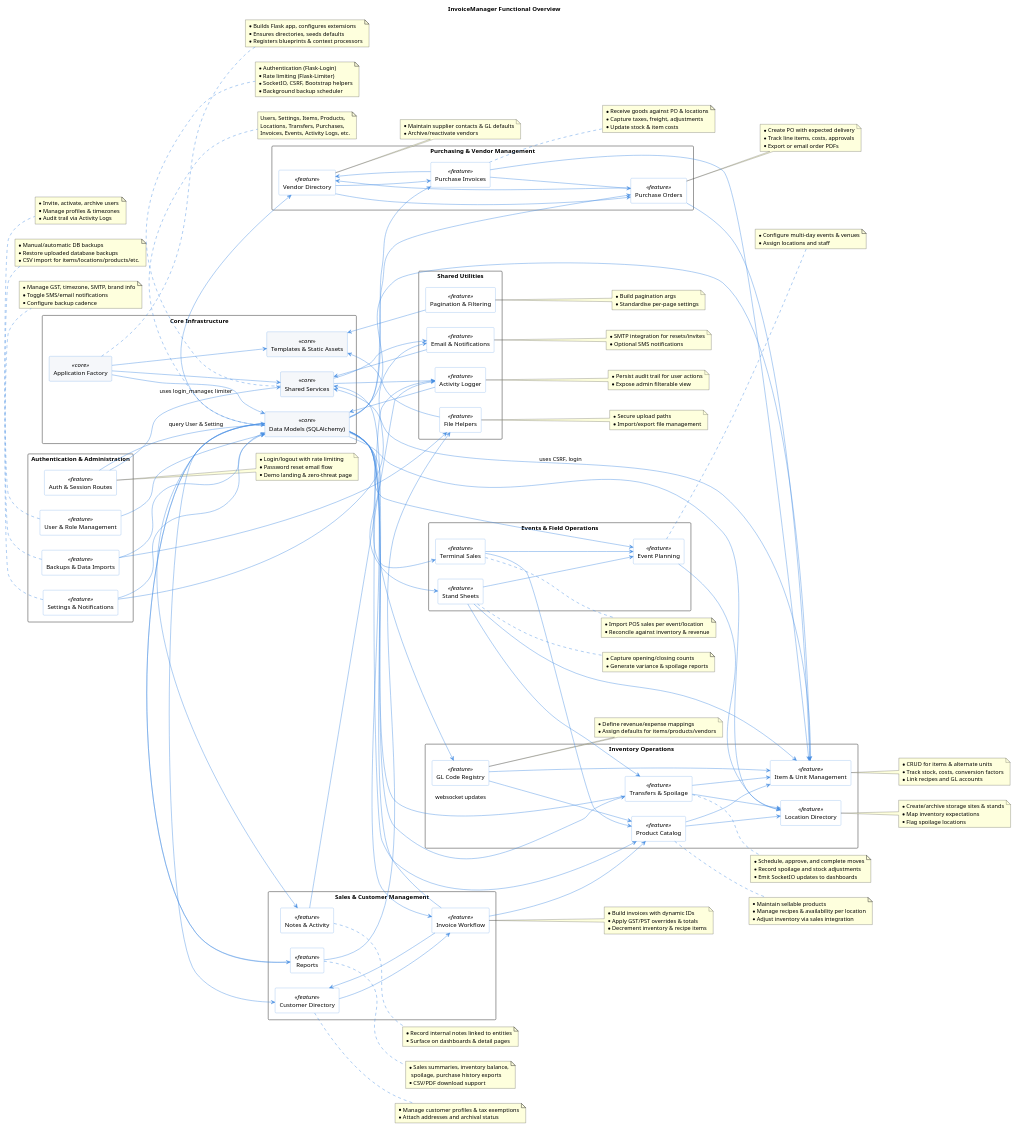
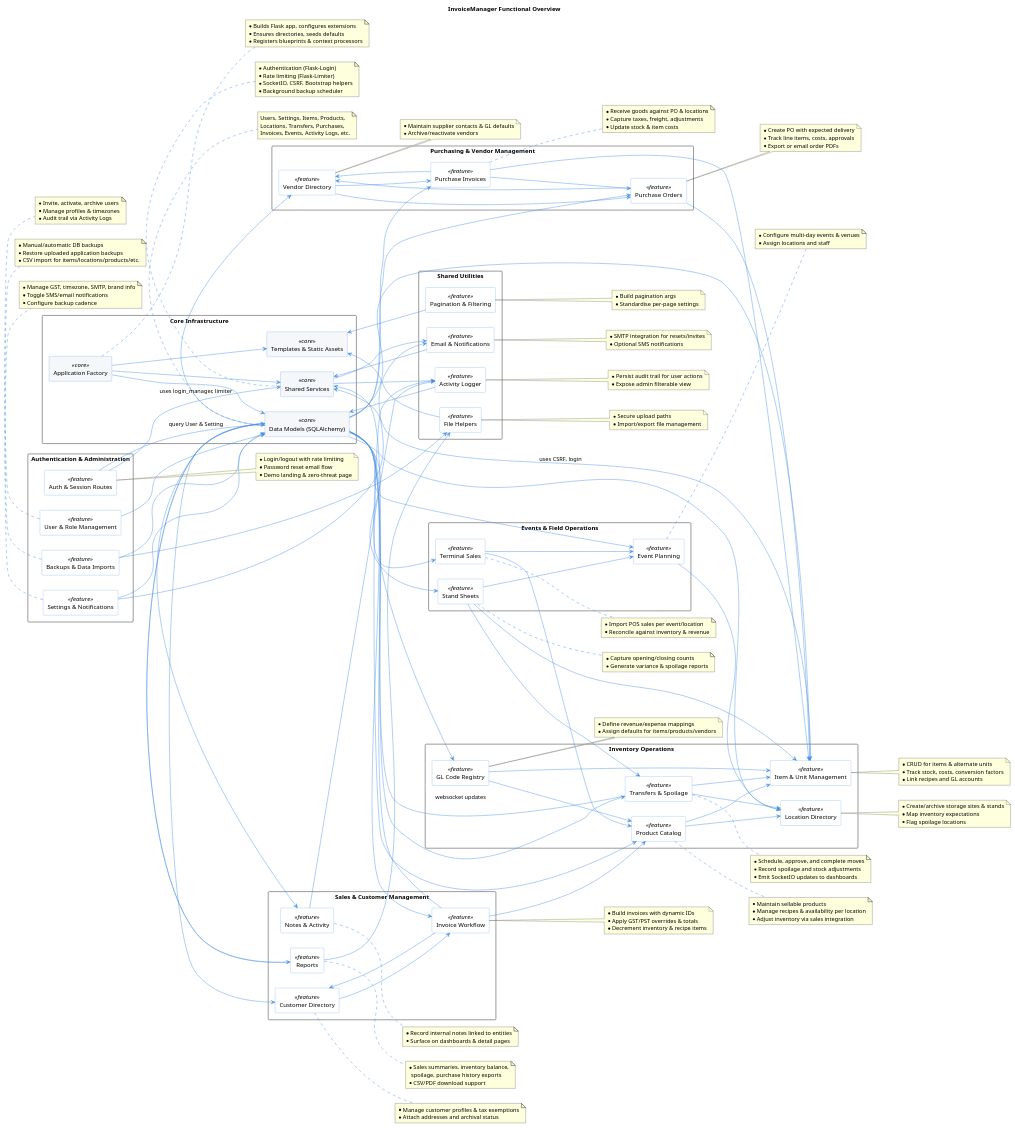
One commit to 0xCarti/InvoiceManager-Postgres changed the diagram in docs/app-overview.puml. Above: the diagram before and after it, drawn with PlantUML. The commit also changed 8 other files, not shown here.

```diff
--- a/docs/app-overview.puml
+++ b/docs/app-overview.puml
@@ -61,7 +61,7 @@
 
 note bottom of BackupImports
   * Manual/automatic DB backups
-  * Restore uploaded database backups
+  * Restore uploaded application backups
   * CSV import for items/locations/products/etc.
 end note
 
```
